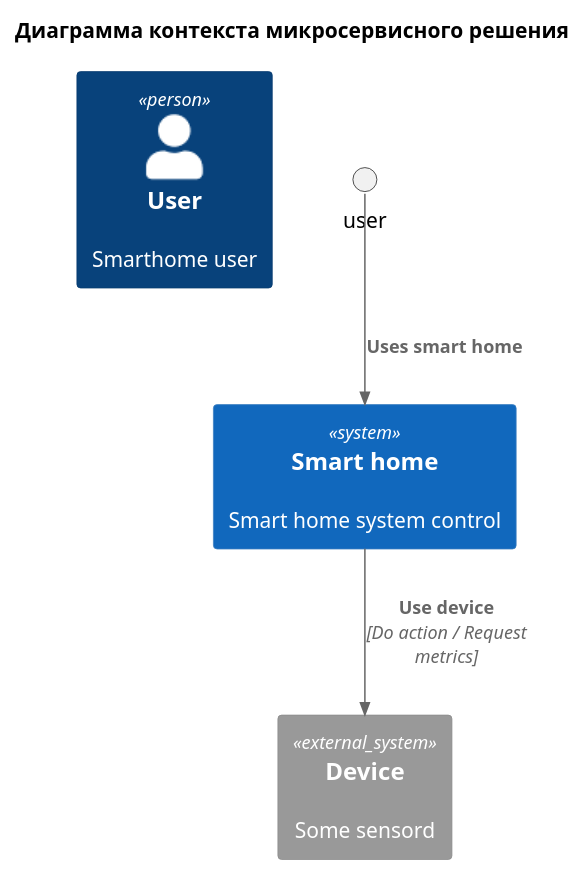
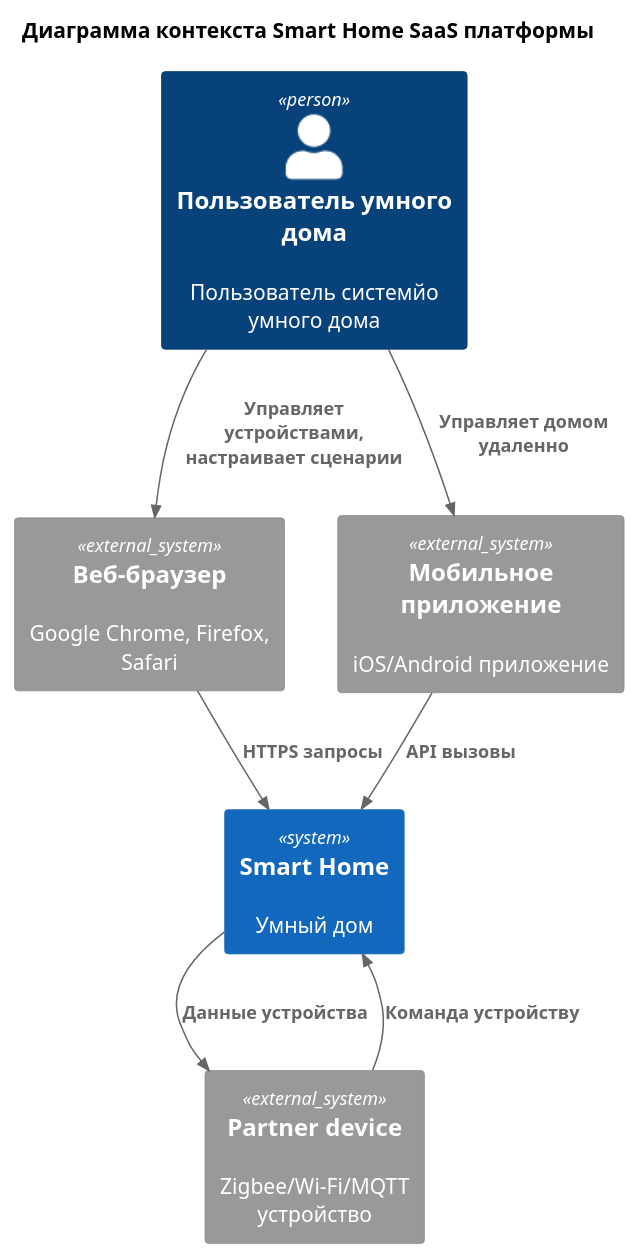
The diagram in schemas/context/microservice.puml (Yurtaevtv/architector-pro-warmhouse), drawn with PlantUML before and after one commit. The commit also changed 43 other files, not shown here.

```diff
--- a/schemas/context/microservice.puml
+++ b/schemas/context/microservice.puml
@@ -1,18 +1,24 @@
 @startuml
+title Диаграмма контекста Smart Home SaaS платформы
 
-title Диаграмма контекста микросервисного решения
+!includeurl https://raw.githubusercontent.com/RicardoNiepel/C4-PlantUML/master/C4_Context.puml
 
-top to bottom direction
+Person(user, "Пользователь умного дома", "Пользователь системйо умного дома")
 
-!includeurl https://raw.githubusercontent.com/RicardoNiepel/C4-PlantUML/master/C4_Component.puml
+System(smart_home_saas, "Smart Home", "Умный дом")
+System_Ext(device, "Partner device", "Zigbee/Wi-Fi/MQTT устройство")
 
-Person(User, "User", "Smarthome user")
-System(SmartHome, "Smart home", "Smart home system control")
-System_Ext(Device, "Device", "Some sensord")
+System_Ext(user_browser, "Веб-браузер", "Google Chrome, Firefox, Safari")
+System_Ext(mobile_app, "Мобильное приложение", "iOS/Android приложение")
 
+System_Ext(user_browser, "Веб-браузер", "Google Chrome, Firefox, Safari")
 
-Rel(user, SmartHome,  "Uses smart home")
-Rel(SmartHome, Device,  "Use device", "Do action / Request metrics")
+Rel(user, user_browser, "Управляет устройствами, настраивает сценарии")
+Rel(user, mobile_app, "Управляет домом удаленно")
 
+Rel(user_browser, smart_home_saas, "HTTPS запросы")
+Rel(mobile_app, smart_home_saas, "API вызовы")
+Rel(device, smart_home_saas, "Команда устройству")
+Rel(smart_home_saas, device, "Данные устройства")
 
 @enduml
```
